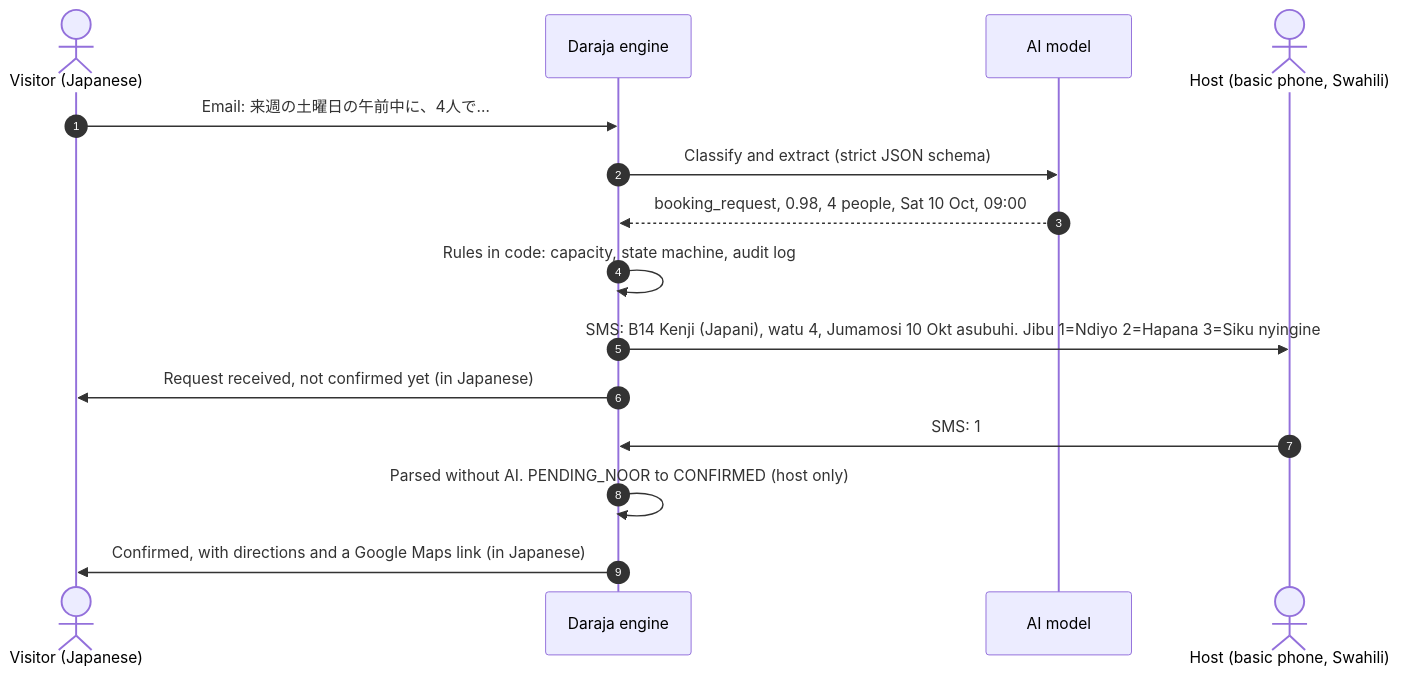
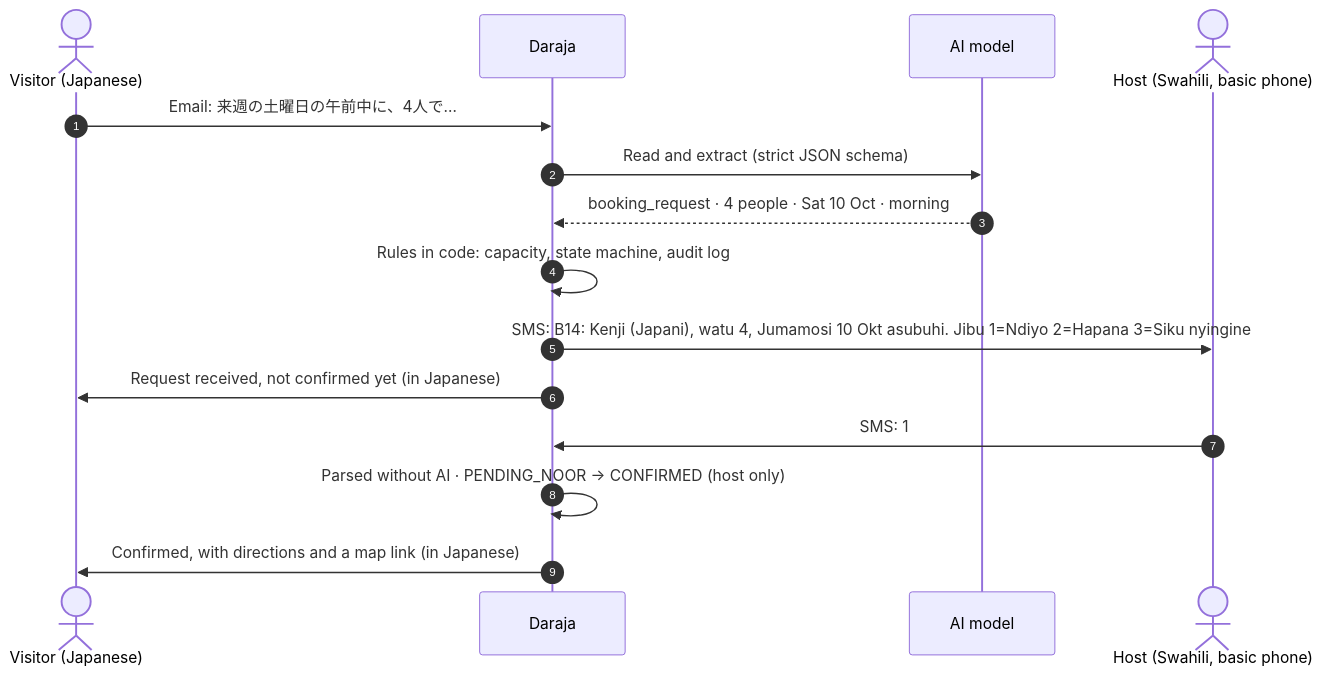
One commit to tataknu/daraja changed the first of 3 diagrams in README.md. Above: the diagram before and after it, drawn with Mermaid. The commit also changed other lines of this file and 5 other files, not shown here.

````diff
--- a/README.md
+++ b/README.md
@@ -46,17 +41,17 @@
 ```mermaid
 sequenceDiagram
     autonumber
     actor V as Visitor (Japanese)
-    participant D as Daraja engine
+    participant D as Daraja
     participant AI as AI model
-    actor H as Host (basic phone, Swahili)
+    actor H as Host (Swahili, basic phone)
     V->>D: Email: 来週の土曜日の午前中に、4人で…
-    D->>AI: Classify and extract (strict JSON schema)
-    AI-->>D: booking_request, 0.98, 4 people, Sat 10 Oct, 09:00
+    D->>AI: Read and extract (strict JSON schema)
+    AI-->>D: booking_request · 4 people · Sat 10 Oct · morning
     D->>D: Rules in code: capacity, state machine, audit log
-    D->>H: SMS: B14 Kenji (Japani), watu 4, Jumamosi 10 Okt asubuhi. Jibu 1=Ndiyo 2=Hapana 3=Siku nyingine
+    D->>H: SMS: B14: Kenji (Japani), watu 4, Jumamosi 10 Okt asubuhi. Jibu 1=Ndiyo 2=Hapana 3=Siku nyingine
     D->>V: Request received, not confirmed yet (in Japanese)
     H->>D: SMS: 1
-    D->>D: Parsed without AI. PENDING_NOOR to CONFIRMED (host only)
-    D->>V: Confirmed, with directions and a Google Maps link (in Japanese)
+    D->>D: Parsed without AI · PENDING_NOOR → CONFIRMED (host only)
+    D->>V: Confirmed, with directions and a map link (in Japanese)
 ```
````
